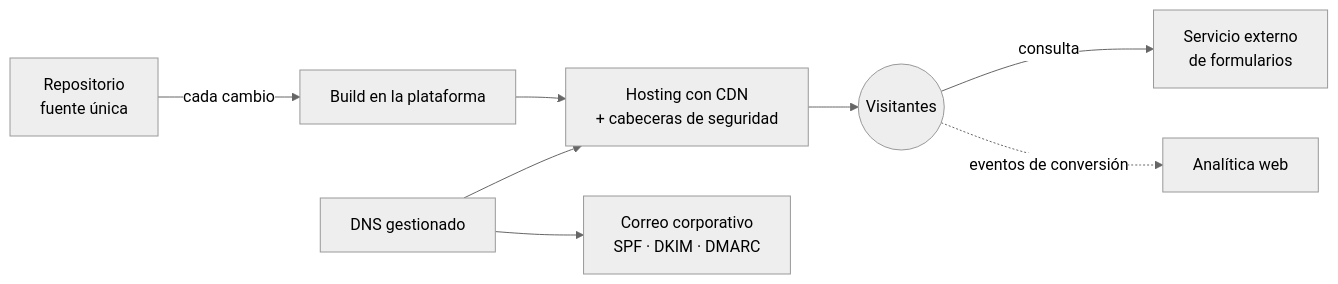
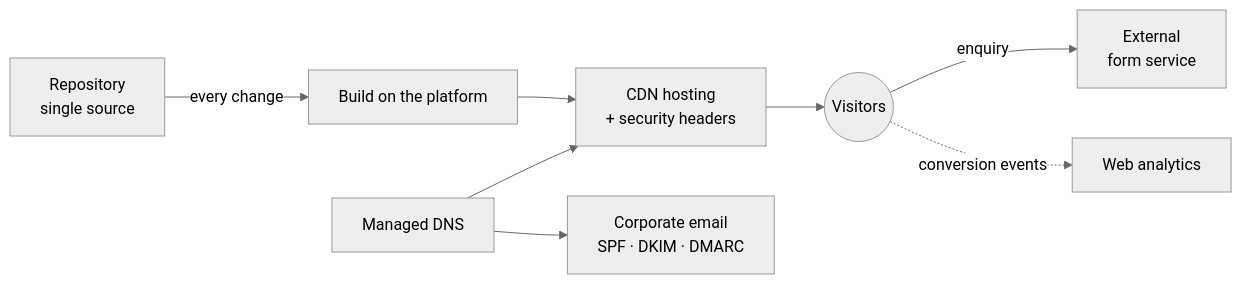
One commit to reMantiX2/engineering-portfolio changed the diagram in law-firm-website/README.md. Above: the diagram before and after it, drawn with Mermaid (neutral theme). The commit also changed other lines of this file and 19 other files, not shown here.

````diff
--- a/law-firm-website/README.md
+++ b/law-firm-website/README.md
@@ -36,10 +38,10 @@
 ```mermaid
 graph LR
-    REPO[Repositorio<br/>fuente única] -->|cada cambio| BUILD[Build en la plataforma]
-    BUILD --> CDN[Hosting con CDN<br/>+ cabeceras de seguridad]
-    DNS[DNS gestionado] --> CDN
-    DNS --> MAIL[Correo corporativo<br/>SPF · DKIM · DMARC]
-    CDN --> USR((Visitantes))
-    USR -->|consulta| FORM[Servicio externo<br/>de formularios]
-    USR -.->|eventos de conversión| AN[Analítica web]
+    REPO[Repository<br/>single source] -->|every change| BUILD[Build on the platform]
+    BUILD --> CDN[CDN hosting<br/>+ security headers]
+    DNS[Managed DNS] --> CDN
+    DNS --> MAIL[Corporate email<br/>SPF · DKIM · DMARC]
+    CDN --> USR((Visitors))
+    USR -->|enquiry| FORM[External<br/>form service]
+    USR -.->|conversion events| AN[Web analytics]
 ```
````
